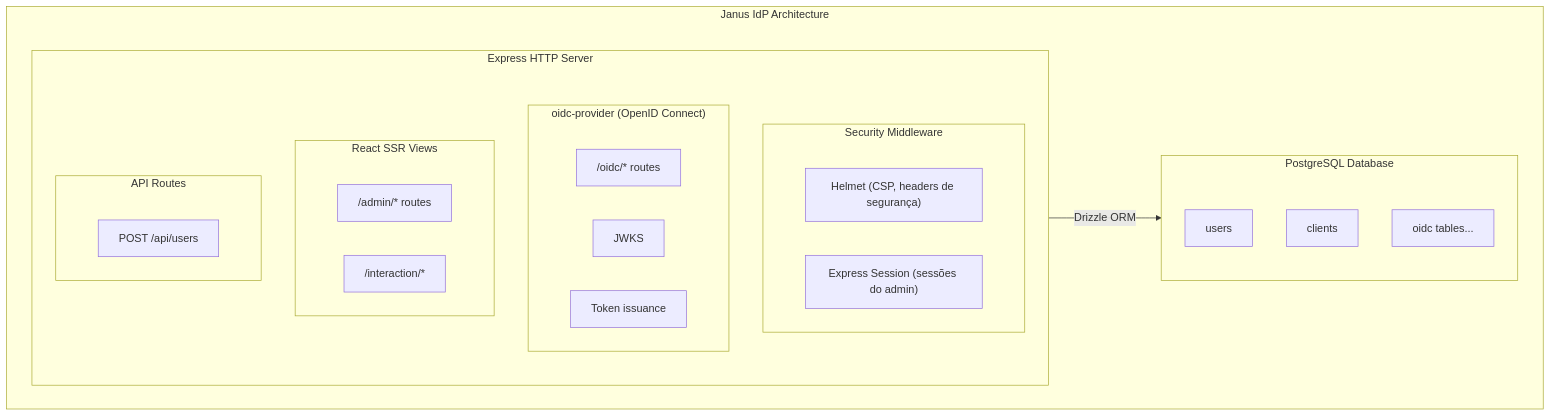
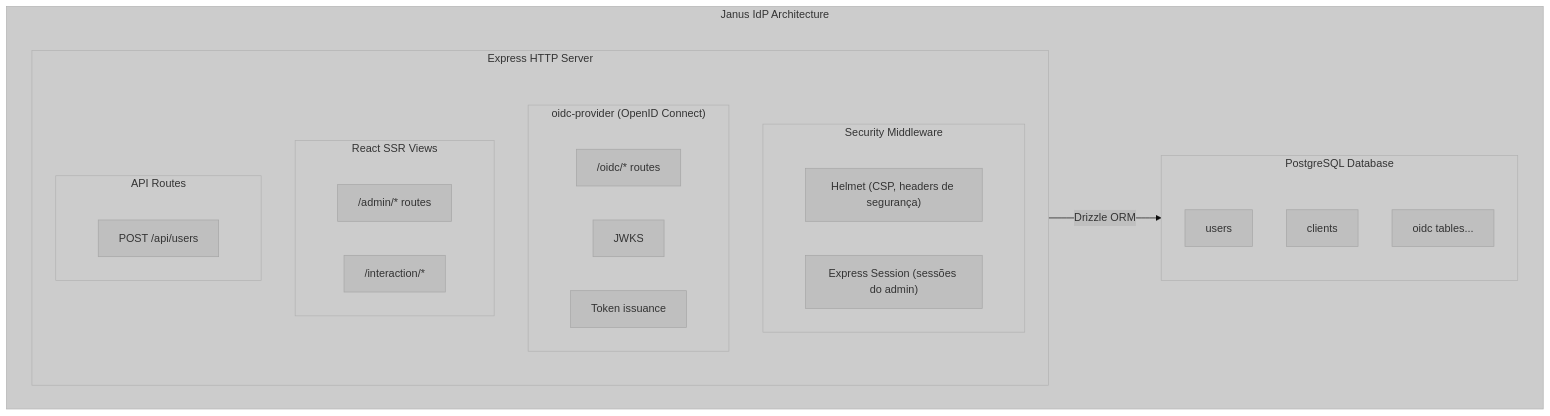
Before and after one commit to marcus-v-rodrigues/janus-idp: the first of 2 diagrams in docs/ARCHITECTURE.md, drawn with Mermaid. The commit also changed other lines of this file, not shown here.

Commit message:
docs: add theme styling to mermaid diagrams

````diff
--- a/docs/ARCHITECTURE.md
+++ b/docs/ARCHITECTURE.md
@@ -7,35 +7,35 @@
 ```mermaid
-%%{init: {"flowchart": {"subGraphTitleMargin": {"bottom": 30}}}}%%
+%%{init: {'theme': 'base', 'themeVariables': { 'primaryColor': '#bfbfbf', 'edgeColor': '#5d5d5d' }, "flowchart": {"subGraphTitleMargin": {"bottom": 30}}}}%%
 flowchart TB
     subgraph JanusIdP["Janus IdP Architecture"]
         subgraph Express["Express HTTP Server"]
             subgraph Security["Security Middleware"]
                 Helmet["Helmet (CSP, headers de segurança)"]
                 Session["Express Session (sessões do admin)"]
             end
             
             subgraph OIDC["oidc-provider (OpenID Connect)"]
                 OIDCRoutes["/oidc/* routes"]
                 JWKS["JWKS"]
                 Token["Token issuance"]
             end
             
             subgraph ReactSSR["React SSR Views"]
                 AdminRoutes["/admin/* routes"]
                 InteractionRoutes["/interaction/*"]
             end
             
             subgraph APIRoutes["API Routes"]
                 APIUsers["POST /api/users"]
             end
         end
         
         subgraph PostgreSQL["PostgreSQL Database"]
             UsersTable["users"]
             ClientsTable["clients"]
             OIDCTables["oidc tables..."]
         end
     end
     
     Express -->|"Drizzle ORM"| PostgreSQL
 ```
````
